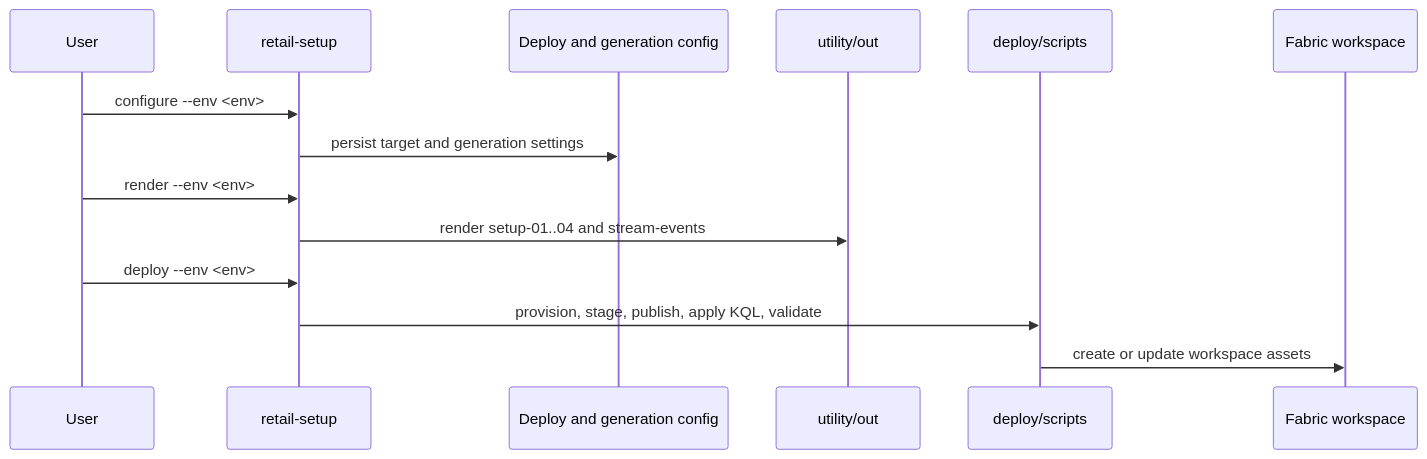
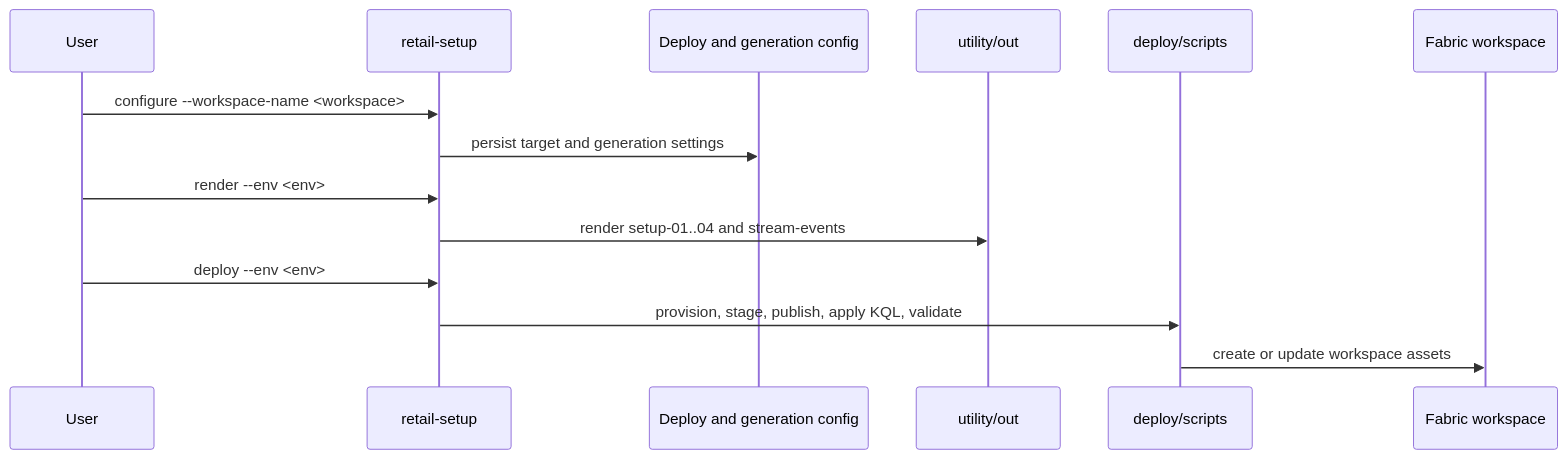
Before and after one commit to amattas/retail-demo: the first of 5 diagrams in docs/design/architecture/data-flow.md, drawn with Mermaid. The commit also changed 42 other files, not shown here.

````diff
--- a/docs/design/architecture/data-flow.md
+++ b/docs/design/architecture/data-flow.md
@@ -5,17 +5,17 @@
 ```mermaid
 sequenceDiagram
     participant User
     participant CLI as retail-setup
     participant Config as Deploy and generation config
     participant Render as utility/out
     participant Deploy as deploy/scripts
     participant Fabric as Fabric workspace
 
-    User->>CLI: configure --env <env>
+    User->>CLI: configure --workspace-name <workspace>
     CLI->>Config: persist target and generation settings
     User->>CLI: render --env <env>
     CLI->>Render: render setup-01..04 and stream-events
     User->>CLI: deploy --env <env>
     CLI->>Deploy: provision, stage, publish, apply KQL, validate
     Deploy->>Fabric: create or update workspace assets
 ```
````
